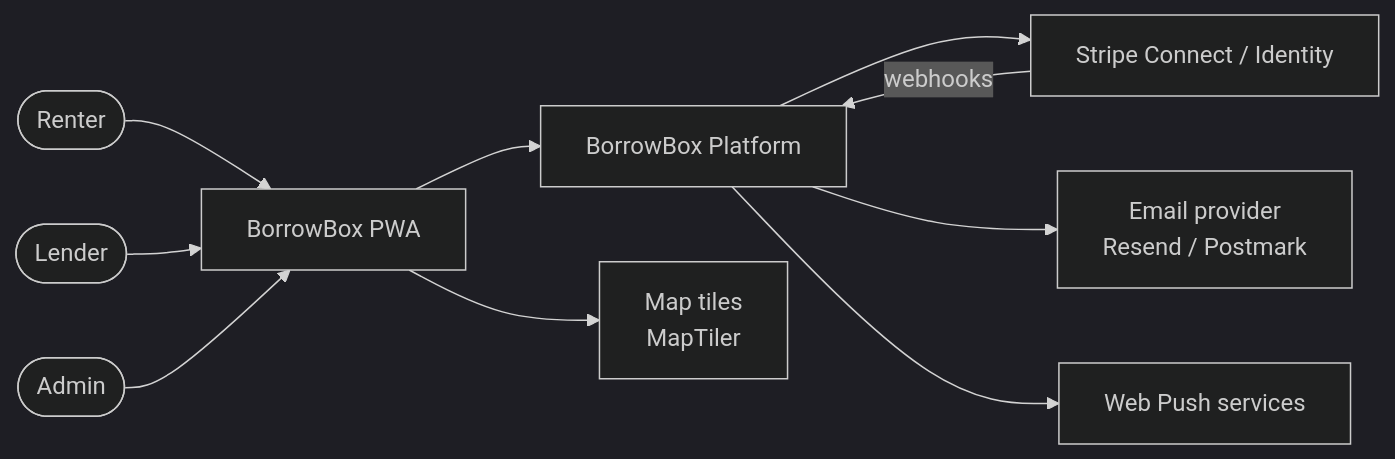
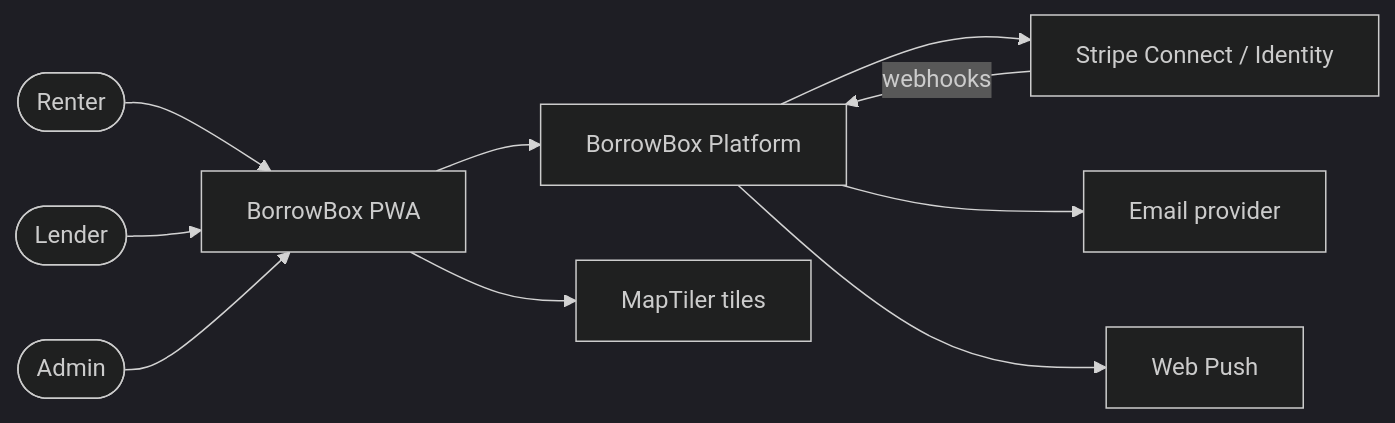
Before and after one commit to pavlmarg/BorrowBox: the first of 3 diagrams in docs/ARCHITECTURE.md, drawn with Mermaid (dark theme). The commit also changed other lines of this file, not shown here.

First line of the commit message:
docs: compact ARCHITECTURE.md

````diff
--- a/docs/ARCHITECTURE.md
+++ b/docs/ARCHITECTURE.md
@@ -14,12 +11,12 @@
 ```mermaid
 flowchart LR
     renter([Renter]) --> pwa[BorrowBox PWA]
     lender([Lender]) --> pwa
     admin([Admin]) --> pwa
     pwa --> bb[BorrowBox Platform]
     bb --> stripe[Stripe Connect / Identity]
-    bb --> email[Email provider<br/>Resend / Postmark]
-    bb --> push[Web Push services]
-    pwa --> tiles[Map tiles<br/>MapTiler]
+    bb --> email[Email provider]
+    bb --> push[Web Push]
+    pwa --> tiles[MapTiler tiles]
     stripe -- webhooks --> bb
 ```
````
